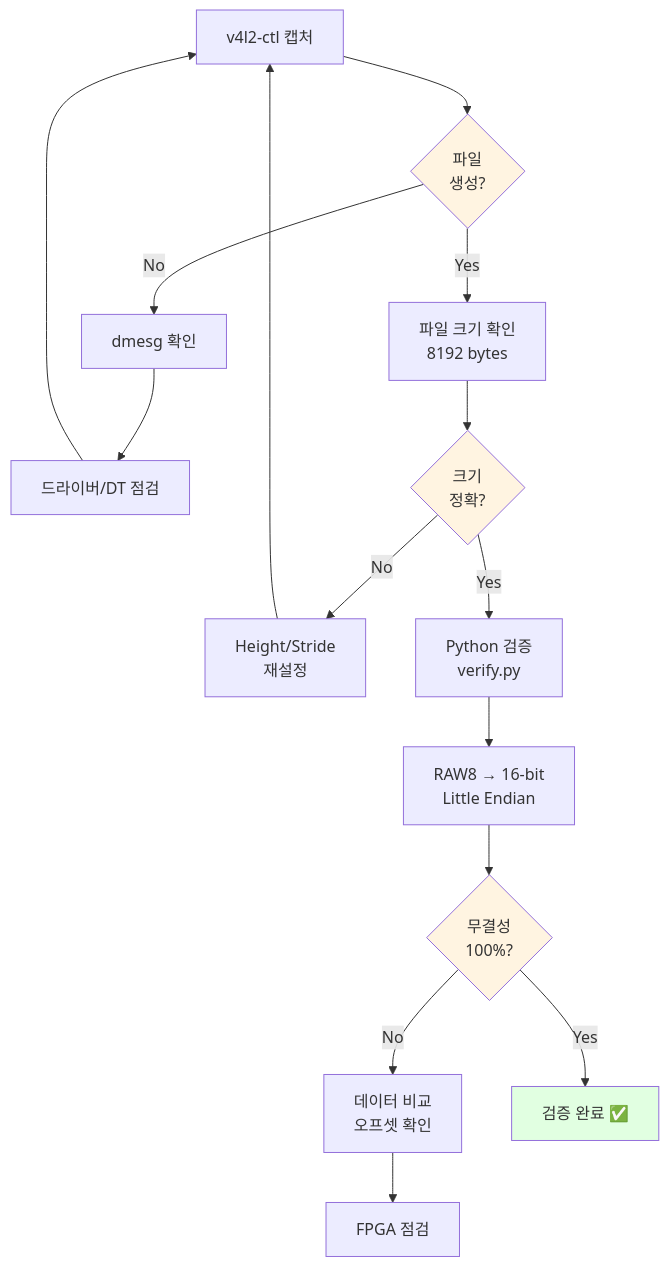
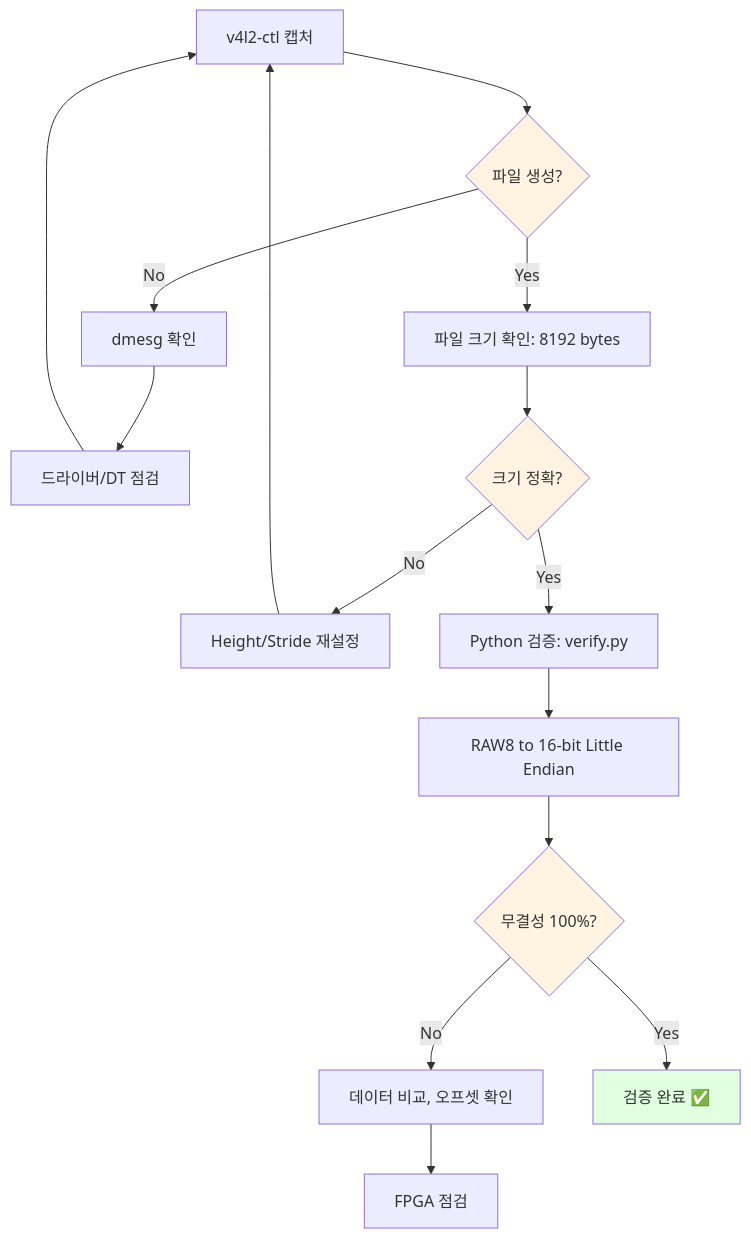
One commit to hnabyz-bot/fpga-imx8mp changed the third of 3 diagrams in source/imx8mp/README.md. Above: the diagram before and after it, drawn with Mermaid. The commit also changed other lines of this file and 2 other files, not shown here.

Commit message:
Fix Mermaid chart rendering issues for GitHub compatibility

````diff
--- a/source/imx8mp/README.md
+++ b/source/imx8mp/README.md
@@ -70,26 +101,26 @@
 ```mermaid
 flowchart TB
-    A[v4l2-ctl 캡처] --> B{파일<br/>생성?}
+    A[v4l2-ctl 캡처] --> B{파일 생성?}
     B -->|No| C[dmesg 확인]
     C --> D[드라이버/DT 점검]
     D --> A
     
-    B -->|Yes| E[파일 크기 확인<br/>8192 bytes]
-    E --> F{크기<br/>정확?}
-    F -->|No| G[Height/Stride<br/>재설정]
+    B -->|Yes| E[파일 크기 확인: 8192 bytes]
+    E --> F{크기 정확?}
+    F -->|No| G[Height/Stride 재설정]
     G --> A
     
-    F -->|Yes| H[Python 검증<br/>verify.py]
-    H --> I[RAW8 → 16-bit<br/>Little Endian]
-    I --> J{무결성<br/>100%?}
+    F -->|Yes| H[Python 검증: verify.py]
+    H --> I[RAW8 to 16-bit Little Endian]
+    I --> J{무결성 100%?}
     
-    J -->|No| K[데이터 비교<br/>오프셋 확인]
+    J -->|No| K[데이터 비교, 오프셋 확인]
     K --> L[FPGA 점검]
     
     J -->|Yes| M[검증 완료 ✅]
     
     style M fill:#e1ffe1
     style B fill:#fff4e1
     style F fill:#fff4e1
     style J fill:#fff4e1
 ```
````
